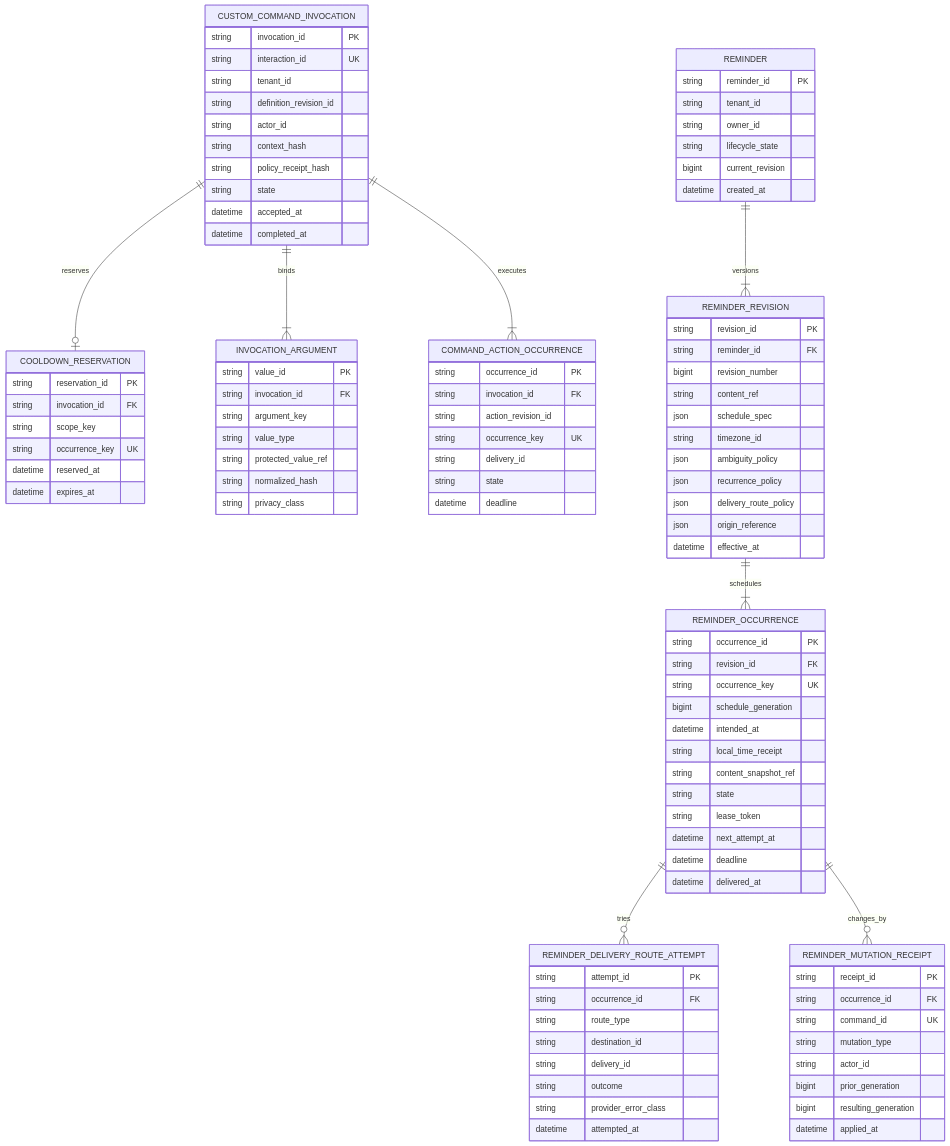
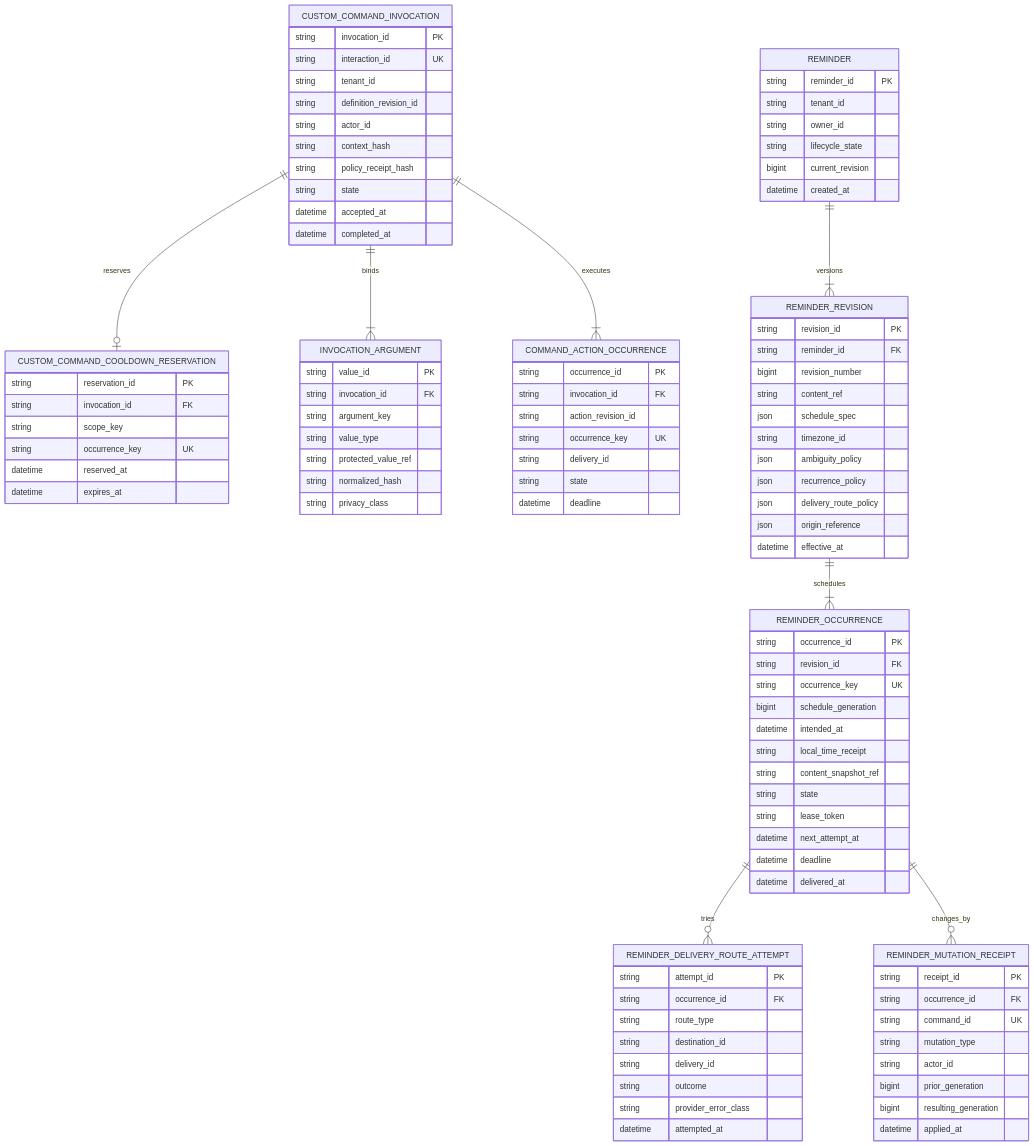
Before and after one commit to obsidia-systems/Discord-Bot-Open-Source: the ninth of 9 diagrams in docs/architecture/10-data-support-integrations-automation.md, drawn with Mermaid. The commit also changed other lines of this file and 27 other files, not shown here.

First line of the commit message:
feat(architecture): add comprehensive architecture review documentation

````diff
--- a/docs/architecture/10-data-support-integrations-automation.md
+++ b/docs/architecture/10-data-support-integrations-automation.md
@@ -916,6 +920,6 @@
 ```mermaid
 erDiagram
-    CUSTOM_COMMAND_INVOCATION ||--o| COOLDOWN_RESERVATION : reserves
+    CUSTOM_COMMAND_INVOCATION ||--o| CUSTOM_COMMAND_COOLDOWN_RESERVATION : reserves
     CUSTOM_COMMAND_INVOCATION ||--|{ INVOCATION_ARGUMENT : binds
     CUSTOM_COMMAND_INVOCATION ||--|{ COMMAND_ACTION_OCCURRENCE : executes
     REMINDER ||--|{ REMINDER_REVISION : versions
@@ -936,7 +940,7 @@
         datetime completed_at
     }
 
-    COOLDOWN_RESERVATION {
+    CUSTOM_COMMAND_COOLDOWN_RESERVATION {
         string reservation_id PK
         string invocation_id FK
         string scope_key
````
